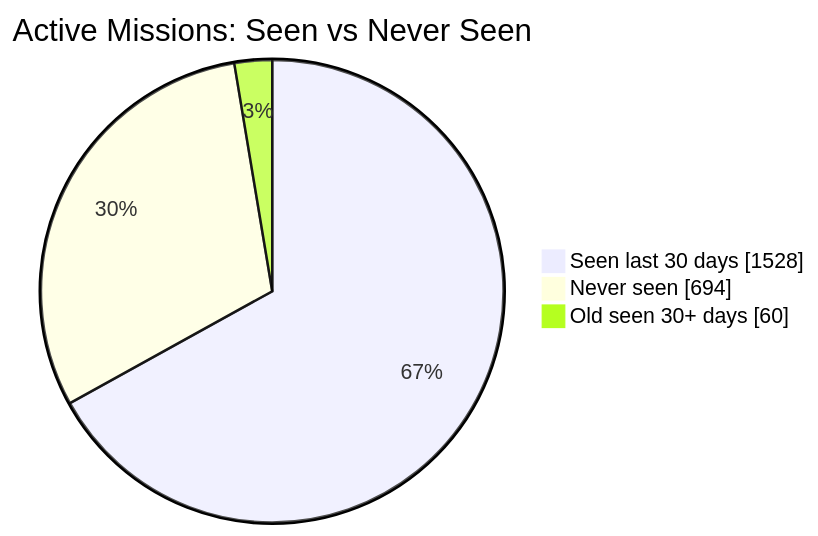
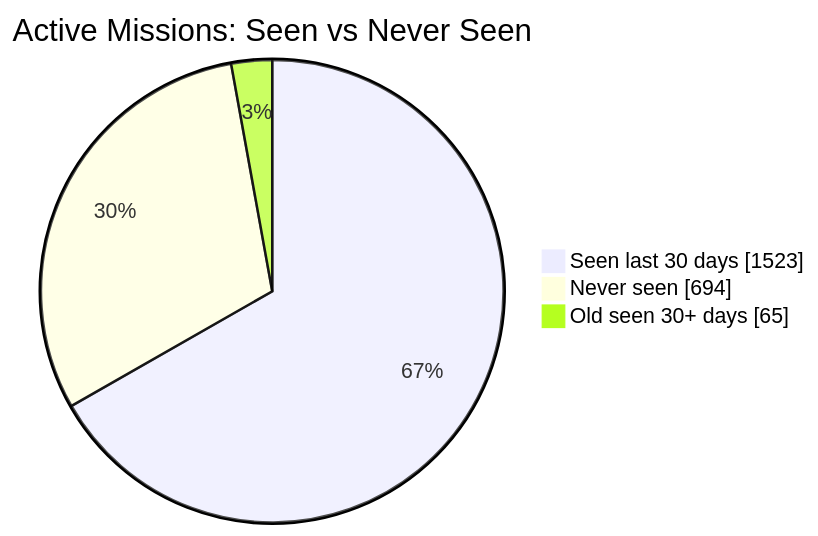
The first of 2 diagrams in README.md (MeldkamerspelGameTeam/active-missions), drawn with Mermaid before and after one commit. The commit also changed other lines of this file and 2 other files, not shown here.

````diff
--- a/README.md
+++ b/README.md
@@ -34,7 +34,7 @@
 ```mermaid
 pie showData
     title Active Missions: Seen vs Never Seen
-    "Seen last 30 days" : 1528
+    "Seen last 30 days" : 1523
     "Never seen" : 694
-    "Old seen 30+ days" : 60
+    "Old seen 30+ days" : 65
 ```
````
